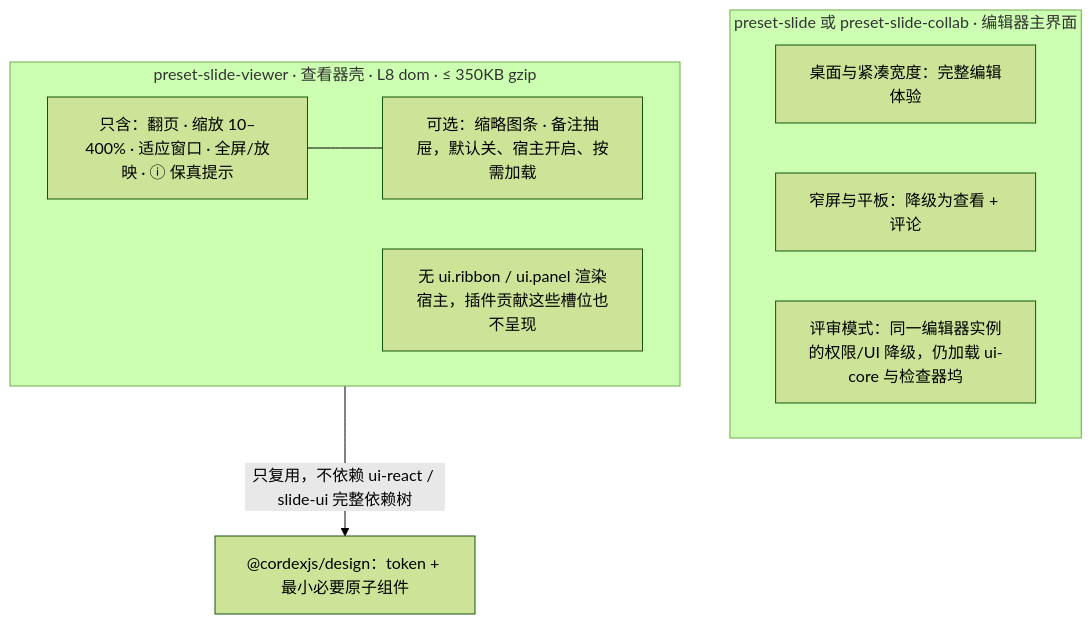
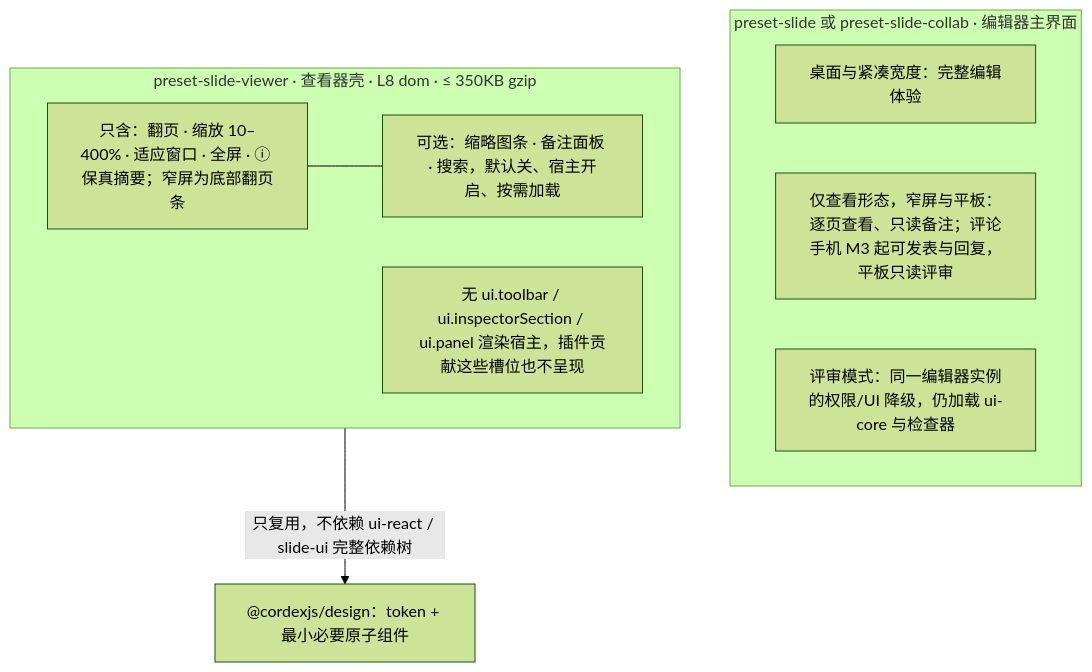
One commit to Xeonice/cordis-ppt-editor changed the sixth of 7 diagrams in docs/20-design/01-information-architecture.md. Above: the diagram before and after it, drawn with Mermaid (forest theme). The commit also changed other lines of this file and 44 other files, not shown here.

````diff
--- a/docs/20-design/01-information-architecture.md
+++ b/docs/20-design/01-information-architecture.md
@@ -318,16 +388,16 @@
 ```mermaid
 flowchart TB
   subgraph editorAsm["preset-slide 或 preset-slide-collab · 编辑器主界面"]
     fullUi["桌面与紧凑宽度：完整编辑体验"]
-    narrowUi["窄屏与平板：降级为查看 + 评论"]
-    reviewUi["评审模式：同一编辑器实例的权限/UI 降级，仍加载 ui-core 与检查器坞"]
+    narrowUi["仅查看形态，窄屏与平板：逐页查看、只读备注；评论手机 M3 起可发表与回复，平板只读评审"]
+    reviewUi["评审模式：同一编辑器实例的权限/UI 降级，仍加载 ui-core 与检查器"]
   end
   subgraph viewerAsm["preset-slide-viewer · 查看器壳 · L8 dom · ≤ 350KB gzip"]
-    vHas["只含：翻页 · 缩放 10–400% · 适应窗口 · 全屏/放映 · ⓘ 保真提示"]
-    vOpt["可选：缩略图条 · 备注抽屉，默认关、宿主开启、按需加载"]
-    vNot["无 ui.ribbon / ui.panel 渲染宿主，插件贡献这些槽位也不呈现"]
+    vHas["只含：翻页 · 缩放 10–400% · 适应窗口 · 全屏 · ⓘ 保真摘要；窄屏为底部翻页条"]
+    vOpt["可选：缩略图条 · 备注面板 · 搜索，默认关、宿主开启、按需加载"]
+    vNot["无 ui.toolbar / ui.inspectorSection / ui.panel 渲染宿主，插件贡献这些槽位也不呈现"]
   end
   design["@cordexjs/design：token + 最小必要原子组件"]
   vHas --- vOpt
   viewerAsm -->|"只复用，不依赖 ui-react / slide-ui 完整依赖树"| design
 ```
````
